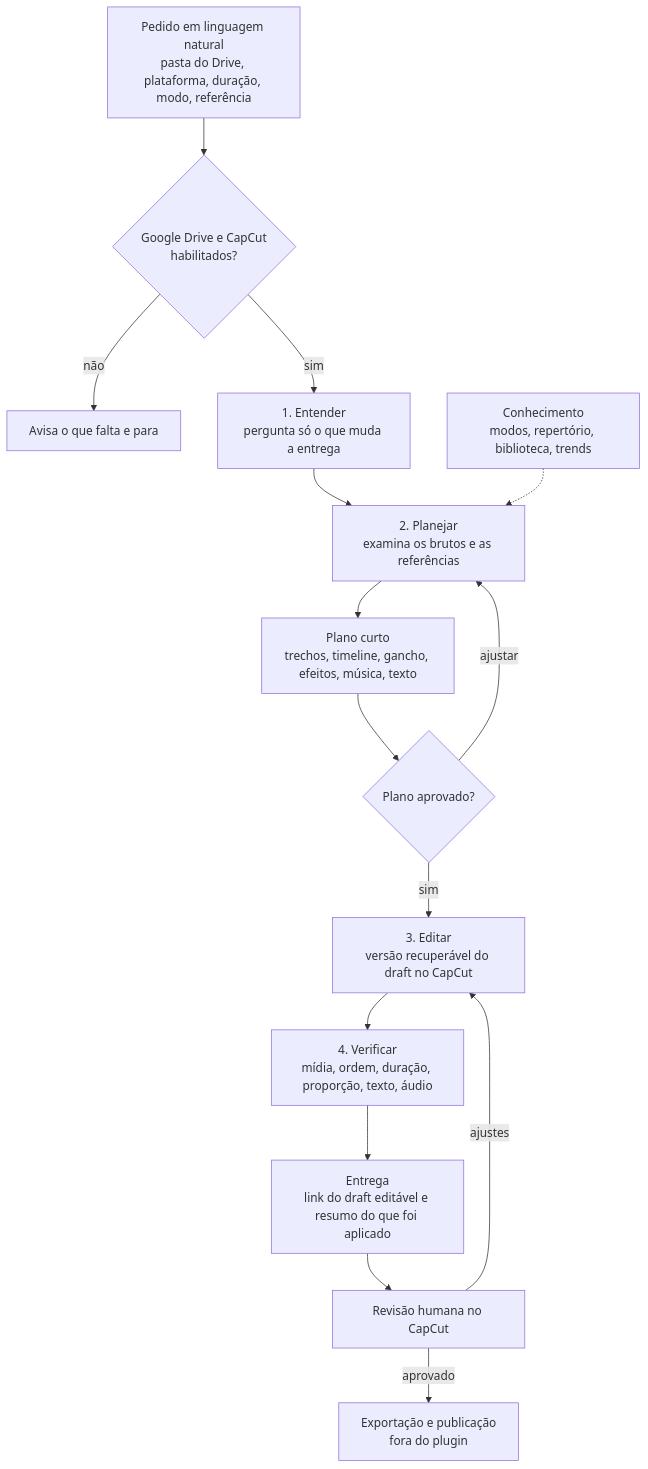
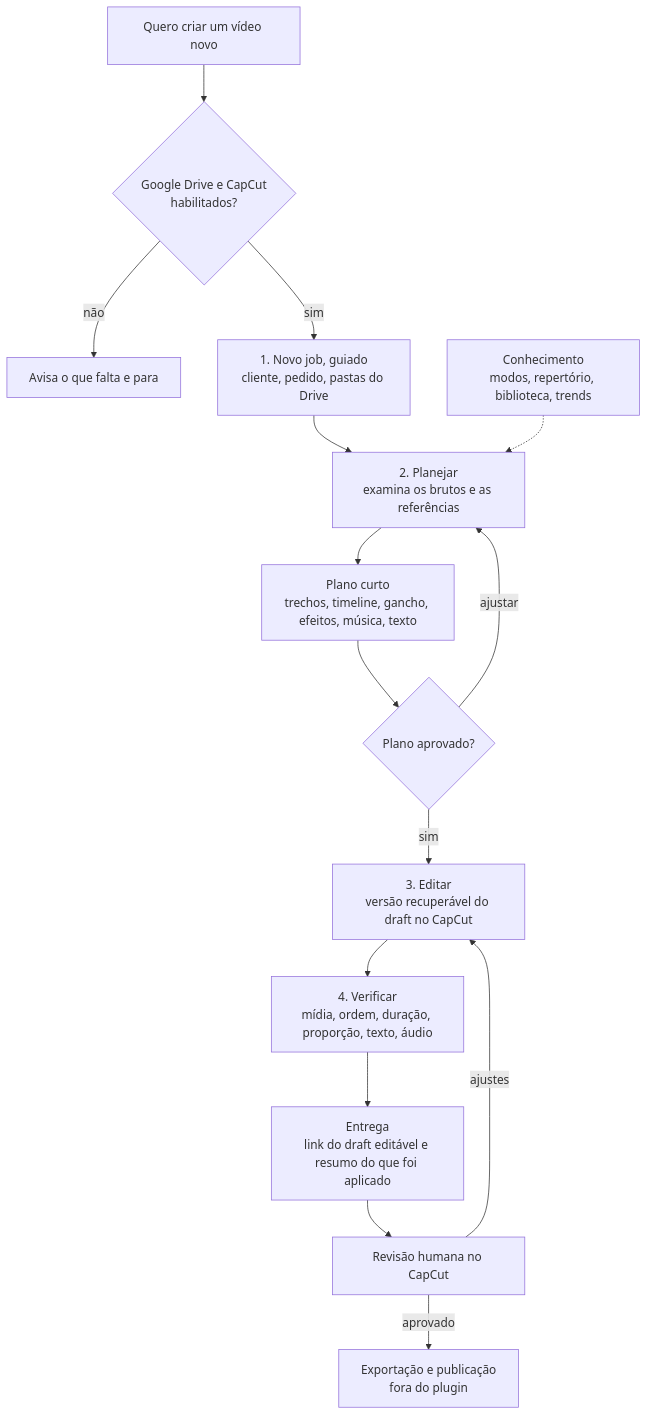
One commit to arethos-com-br/soma-digital-plugin changed the first of 2 diagrams in README.md. Above: the diagram before and after it, drawn with Mermaid. The commit also changed other lines of this file and 3 other files, not shown here.

Commit message:
feat: skill novo-job (início guiado) como entrada do plugin

````diff
--- a/README.md
+++ b/README.md
@@ -9,17 +9,17 @@
 ```mermaid
 flowchart TD
-    P["Pedido em linguagem natural<br/>pasta do Drive, plataforma, duração, modo, referência"] --> V{"Google Drive e CapCut<br/>habilitados?"}
+    P["Quero criar um vídeo novo"] --> V{"Google Drive e CapCut<br/>habilitados?"}
     V -- "não" --> X["Avisa o que falta e para"]
-    V -- "sim" --> E["1. Entender<br/>pergunta só o que muda a entrega"]
+    V -- "sim" --> E["1. Novo job, guiado<br/>cliente, pedido, pastas do Drive"]
     E --> PL["2. Planejar<br/>examina os brutos e as referências"]
     K["Conhecimento<br/>modos, repertório, biblioteca, trends"] -.-> PL
     PL --> PLANO["Plano curto<br/>trechos, timeline, gancho, efeitos, música, texto"]
     PLANO --> AP{"Plano aprovado?"}
     AP -- "ajustar" --> PL
     AP -- "sim" --> ED["3. Editar<br/>versão recuperável do draft no CapCut"]
     ED --> VF["4. Verificar<br/>mídia, ordem, duração, proporção, texto, áudio"]
     VF --> EN["Entrega<br/>link do draft editável e resumo do que foi aplicado"]
     EN --> RH["Revisão humana no CapCut"]
     RH -- "ajustes" --> ED
     RH -- "aprovado" --> FIM["Exportação e publicação<br/>fora do plugin"]
 ```
````
